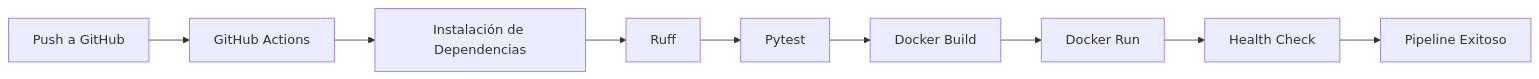
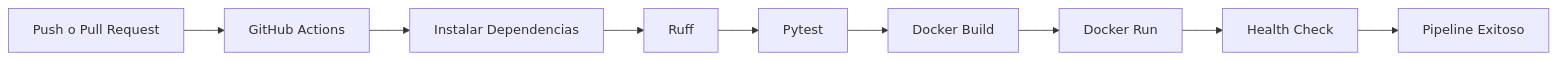
Before and after one commit to cbarrientos-beep/obesity-ml-cloud-api: the third of 4 diagrams in README.md, drawn with Mermaid. The commit also changed other lines of this file, not shown here.

````diff
--- a/README.md
+++ b/README.md
@@ -606,37 +560,11 @@
 ```mermaid
 flowchart LR
-
-A[Push a GitHub]
-
--->
-
-B[GitHub Actions]
-
--->
-
-C[Instalación de Dependencias]
-
--->
-
-D[Ruff]
-
--->
-
-E[Pytest]
-
--->
-
-F[Docker Build]
-
--->
-
-G[Docker Run]
-
--->
-
-H[Health Check]
-
--->
-
-I[Pipeline Exitoso]
+    A[Push o Pull Request] --> B[GitHub Actions]
+    B --> C[Instalar Dependencias]
+    C --> D[Ruff]
+    D --> E[Pytest]
+    E --> F[Docker Build]
+    F --> G[Docker Run]
+    G --> H[Health Check]
+    H --> I[Pipeline Exitoso]
 ```
````
